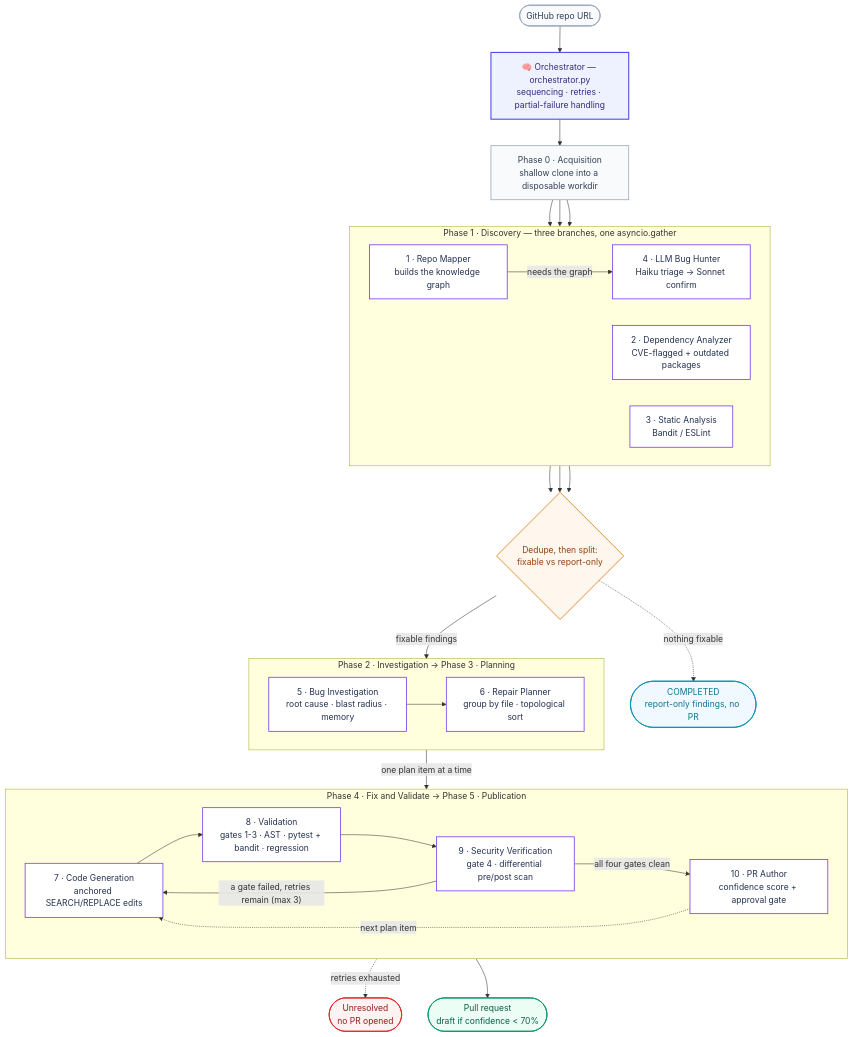
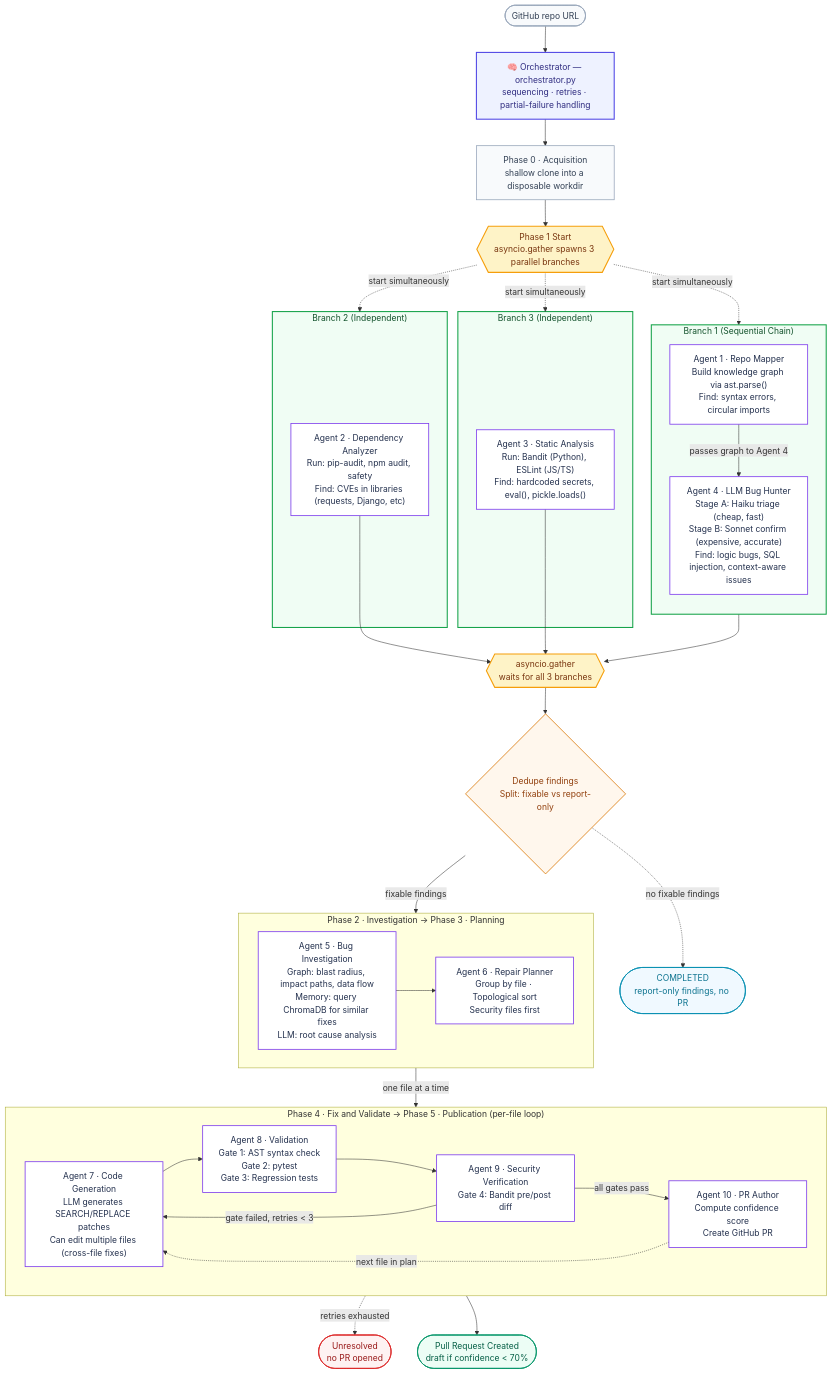
One commit to harsh1243/Multi-Agent-Bug-Detection-Auto-PR-System changed the first of 2 diagrams in README.md. Above: the diagram before and after it, drawn with Mermaid. The commit also changed other lines of this file and 4 other files, not shown here.

````diff
--- a/README.md
+++ b/README.md
@@ -72,66 +72,81 @@
 ```mermaid
 flowchart TB
     START(["GitHub repo URL"]) --> ORC
     ORC["🧠 Orchestrator — orchestrator.py<br/>sequencing · retries · partial-failure handling"]
     ORC --> CLONE["Phase 0 · Acquisition<br/>shallow clone into a disposable workdir"]
 
-    subgraph P1["Phase 1 · Discovery — three branches, one asyncio.gather"]
-        direction LR
-        A1["1 · Repo Mapper<br/>builds the knowledge graph"]
-        A4["4 · LLM Bug Hunter<br/>Haiku triage → Sonnet confirm"]
-        A2["2 · Dependency Analyzer<br/>CVE-flagged + outdated packages"]
-        A3["3 · Static Analysis<br/>Bandit / ESLint"]
-        A1 -->|"needs the graph"| A4
+    CLONE --> P1_START{{"Phase 1 Start<br/>asyncio.gather spawns 3 parallel branches"}}
+
+    subgraph B1["Branch 1 (Sequential Chain)"]
+        direction TB
+        A1["Agent 1 · Repo Mapper<br/>Build knowledge graph via ast.parse()<br/>Find: syntax errors, circular imports"]
+        A4["Agent 4 · LLM Bug Hunter<br/>Stage A: Haiku triage (cheap, fast)<br/>Stage B: Sonnet confirm (expensive, accurate)<br/>Find: logic bugs, SQL injection, context-aware issues"]
+        A1 -->|"passes graph to Agent 4"| A4
     end
 
-    CLONE --> A1
-    CLONE --> A2
-    CLONE --> A3
+    subgraph B2["Branch 2 (Independent)"]
+        A2["Agent 2 · Dependency Analyzer<br/>Run: pip-audit, npm audit, safety<br/>Find: CVEs in libraries (requests, Django, etc)"]
+    end
 
-    A4 --> DED{"Dedupe, then split:<br/>fixable vs report-only"}
-    A2 --> DED
-    A3 --> DED
+    subgraph B3["Branch 3 (Independent)"]
+        A3["Agent 3 · Static Analysis<br/>Run: Bandit (Python), ESLint (JS/TS)<br/>Find: hardcoded secrets, eval(), pickle.loads()"]
+    end
+
+    P1_START -.->|"start simultaneously"| B1
+    P1_START -.->|"start simultaneously"| B2
+    P1_START -.->|"start simultaneously"| B3
+
+    A4 --> GATHER
+    A2 --> GATHER
+    A3 --> GATHER
+    GATHER{{"asyncio.gather<br/>waits for all 3 branches"}} --> DED
+
+    DED{"Dedupe findings<br/>Split: fixable vs report-only"}
 
     subgraph P23["Phase 2 · Investigation → Phase 3 · Planning"]
         direction LR
-        A5["5 · Bug Investigation<br/>root cause · blast radius · memory"]
-        A6["6 · Repair Planner<br/>group by file · topological sort"]
+        A5["Agent 5 · Bug Investigation<br/>Graph: blast radius, impact paths, data flow<br/>Memory: query ChromaDB for similar fixes<br/>LLM: root cause analysis"]
+        A6["Agent 6 · Repair Planner<br/>Group by file · Topological sort<br/>Security files first"]
         A5 --> A6
     end
 
     DED -->|"fixable findings"| A5
 
-    subgraph P45["Phase 4 · Fix and Validate → Phase 5 · Publication"]
+    subgraph P45["Phase 4 · Fix and Validate → Phase 5 · Publication (per-file loop)"]
         direction LR
-        A7["7 · Code Generation<br/>anchored SEARCH/REPLACE edits"]
-        A8["8 · Validation<br/>gates 1-3 · AST · pytest + bandit · regression"]
-        A9["9 · Security Verification<br/>gate 4 · differential pre/post scan"]
-        A10["10 · PR Author<br/>confidence score + approval gate"]
+        A7["Agent 7 · Code Generation<br/>LLM generates SEARCH/REPLACE patches<br/>Can edit multiple files (cross-file fixes)"]
+        A8["Agent 8 · Validation<br/>Gate 1: AST syntax check<br/>Gate 2: pytest<br/>Gate 3: Regression tests"]
+        A9["Agent 9 · Security Verification<br/>Gate 4: Bandit pre/post diff"]
+        A10["Agent 10 · PR Author<br/>Compute confidence score<br/>Create GitHub PR"]
         A7 --> A8 --> A9
-        A9 -->|"all four gates clean"| A10
+        A9 -->|"all gates pass"| A10
     end
 
-    A6 -->|"one plan item at a time"| A7
-    A9 -->|"a gate failed, retries remain (max 3)"| A7
-    A10 -.->|"next plan item"| A7
+    A6 -->|"one file at a time"| A7
+    A9 -->|"gate failed, retries < 3"| A7
+    A10 -.->|"next file in plan"| A7
 
-    DED -.->|"nothing fixable"| DONE(["COMPLETED<br/>report-only findings, no PR"])
+    DED -.->|"no fixable findings"| DONE(["COMPLETED<br/>report-only findings, no PR"])
     A9 -.->|"retries exhausted"| UNRES(["Unresolved<br/>no PR opened"])
-    A10 --> PR(["Pull request<br/>draft if confidence &lt; 70%"])
+    A10 --> PR(["Pull Request Created<br/>draft if confidence < 70%"])
 
     classDef orc fill:#eef2ff,stroke:#4f46e5,stroke-width:2px,color:#312e81
     classDef agent fill:#ffffff,stroke:#7c3aed,stroke-width:1.5px,color:#25324f
+    classDef branch fill:#f0fdf4,stroke:#16a34a,stroke-width:2px,color:#14532d
     classDef step fill:#f8fafc,stroke:#94a3b8,stroke-width:1.4px,color:#334155
+    classDef sync fill:#fef3c7,stroke:#f59e0b,stroke-width:2px,color:#78350f
     classDef dec fill:#fff7ed,stroke:#d97706,stroke-width:1.5px,color:#92400e
     classDef good fill:#ecfdf5,stroke:#059669,stroke-width:1.5px,color:#065f46
     classDef info fill:#f0f9ff,stroke:#0891b2,stroke-width:1.5px,color:#0e7490
     classDef bad fill:#fef2f2,stroke:#dc2626,stroke-width:1.5px,color:#991b1b
 
     class ORC orc
     class A1,A2,A3,A4,A5,A6,A7,A8,A9,A10 agent
+    class B1,B2,B3 branch
     class START,CLONE step
+    class P1_START,GATHER sync
     class DED dec
     class PR good
     class DONE info
     class UNRES bad
 ```
````
